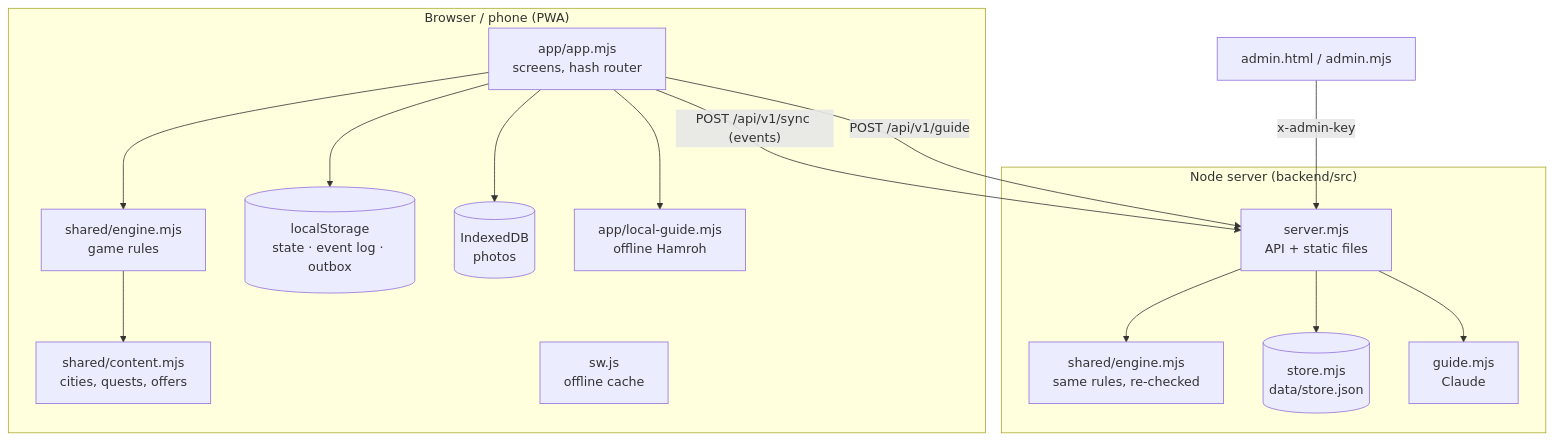
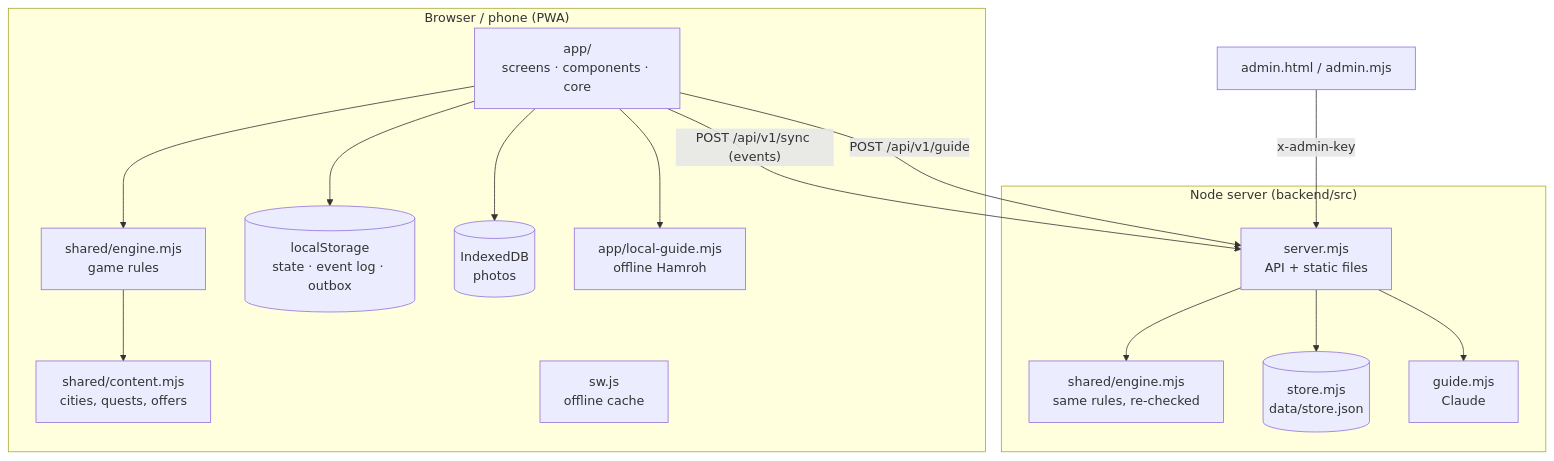
Before and after one commit to xtremebeck/mani-1--proektim: the first of 2 diagrams in uz-quest/ARCHITECTURE.md, drawn with Mermaid. The commit also changed other lines of this file and 2 other files, not shown here.

First line of the commit message:
Document the new app module layout

````diff
--- a/uz-quest/ARCHITECTURE.md
+++ b/uz-quest/ARCHITECTURE.md
@@ -11,30 +11,30 @@
 ```mermaid
 flowchart TB
   subgraph Browser["Browser / phone (PWA)"]
-    UI["app/app.mjs<br/>screens, hash router"]
+    UI["app/<br/>screens · components · core"]
     Engine1["shared/engine.mjs<br/>game rules"]
     Content1["shared/content.mjs<br/>cities, quests, offers"]
     LS[("localStorage<br/>state · event log · outbox")]
     IDB[("IndexedDB<br/>photos")]
     SW["sw.js<br/>offline cache"]
     LG["app/local-guide.mjs<br/>offline Hamroh"]
     UI --> Engine1 --> Content1
     UI --> LS
     UI --> IDB
     UI --> LG
   end
 
   subgraph Server["Node server (backend/src)"]
     HTTP["server.mjs<br/>API + static files"]
     Engine2["shared/engine.mjs<br/>same rules, re-checked"]
     Store[("store.mjs<br/>data/store.json")]
     Guide["guide.mjs<br/>Claude"]
     HTTP --> Engine2
     HTTP --> Store
     HTTP --> Guide
   end
 
   UI -- "POST /api/v1/sync (events)" --> HTTP
   UI -- "POST /api/v1/guide" --> HTTP
   Admin["admin.html / admin.mjs"] -- "x-admin-key" --> HTTP
 ```
````
